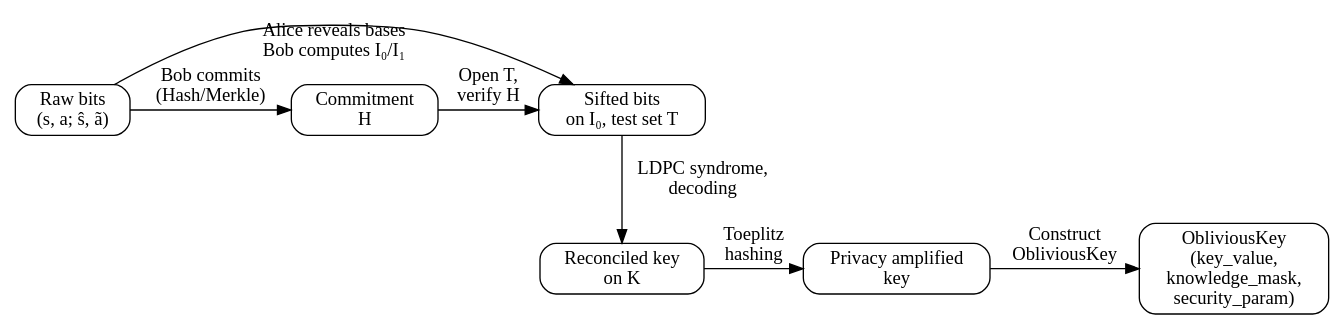
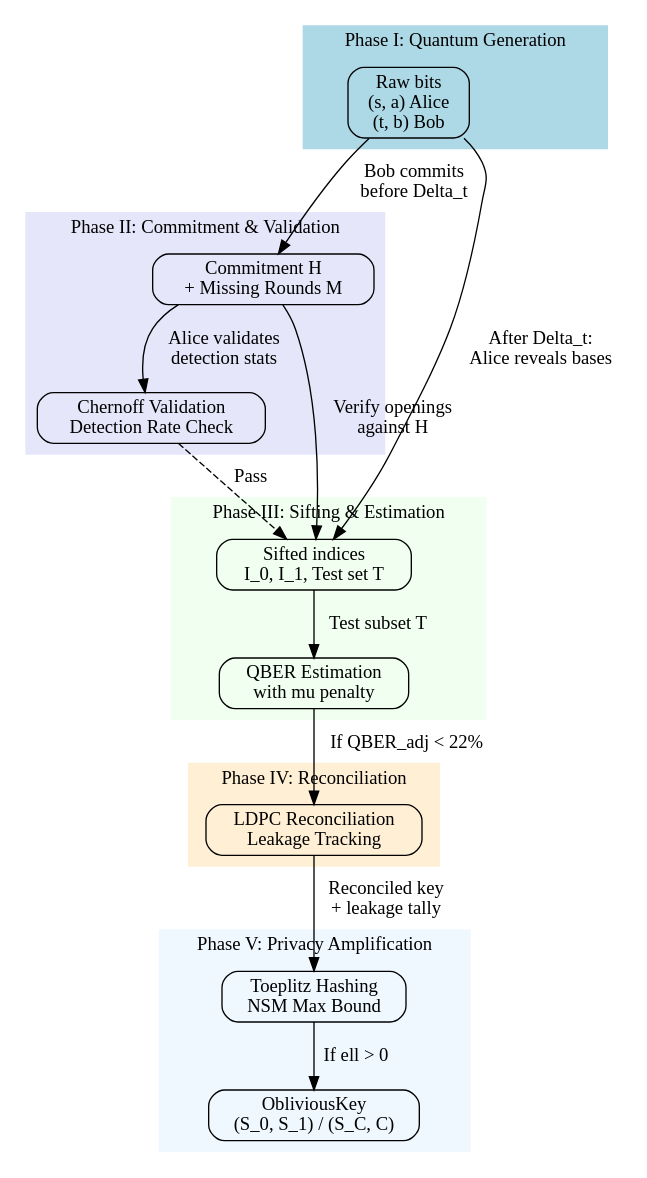
Before and after one commit to A-DaRo/qia-challenge-2025: the third of 4 diagrams in docs/e-hok-overview.md, drawn with Graphviz. The commit also changed other lines of this file, not shown here.

````diff
--- a/docs/e-hok-overview.md
+++ b/docs/e-hok-overview.md
@@ -276,27 +254,54 @@
 ```graphviz
 digraph EHOK {
   rankdir=TB;
   node [shape=box, style=rounded];
-
-  subgraph row1 {
-    rank=same;
-    RAW [label="Raw bits\n(s, a; ŝ, ã)"];
-    COM [label="Commitment\nH"];
-    SIFT [label="Sifted bits\non I₀, test set T"];
+  
+  subgraph cluster_phase1 {
+    label="Phase I: Quantum Generation";
+    style=filled;
+    color=lightblue;
+    RAW [label="Raw bits\n(s, a) Alice\n(t, b) Bob"];
+  }
+  
+  subgraph cluster_phase2 {
+    label="Phase II: Commitment & Validation";
+    style=filled;
+    color=lavender;
+    COM [label="Commitment H\n+ Missing Rounds M"];
+    VALID [label="Chernoff Validation\nDetection Rate Check"];
+  }
+  
+  subgraph cluster_phase3 {
+    label="Phase III: Sifting & Estimation";
+    style=filled;
+    color=honeydew;
+    SIFT [label="Sifted indices\nI_0, I_1, Test set T"];
+    QBER [label="QBER Estimation\nwith mu penalty"];
+  }
+  
+  subgraph cluster_phase4 {
+    label="Phase IV: Reconciliation";
+    style=filled;
+    color=papayawhip;
+    REC [label="LDPC Reconciliation\nLeakage Tracking"];
+  }
+  
+  subgraph cluster_phase5 {
+    label="Phase V: Privacy Amplification";
+    style=filled;
+    color=aliceblue;
+    PA [label="Toeplitz Hashing\nNSM Max Bound"];
+    OK [label="ObliviousKey\n(S_0, S_1) / (S_C, C)"];
   }
 
-  subgraph row2 {
-    rank=same;
-    REC [label="Reconciled key\non K"];
-    PA  [label="Privacy amplified\nkey"];
-    OK  [label="ObliviousKey\n(key_value,\nknowledge_mask,\nsecurity_param)"];
-  }
-
-  RAW -> COM  [label="Bob commits\n(Hash/Merkle)"];
-  RAW -> SIFT [label="Alice reveals bases\nBob computes I₀/I₁"];
-  COM -> SIFT [label="Open T,\nverify H"];
-  SIFT -> REC [label="LDPC syndrome,\ndecoding"];
-  REC -> PA   [label="Toeplitz\nhashing"];
-  PA  -> OK   [label="Construct\nObliviousKey"];
+  RAW -> COM [label="Bob commits\nbefore Delta_t"];
+  COM -> VALID [label="Alice validates\ndetection stats"];
+  RAW -> SIFT [label="After Delta_t:\nAlice reveals bases"];
+  VALID -> SIFT [style=dashed, label="Pass"];
+  COM -> SIFT [label="Verify openings\nagainst H"];
+  SIFT -> QBER [label="Test subset T"];
+  QBER -> REC [label="If QBER_adj < 22%"];
+  REC -> PA [label="Reconciled key\n+ leakage tally"];
+  PA -> OK [label="If ell > 0"];
 }
 ```
````
